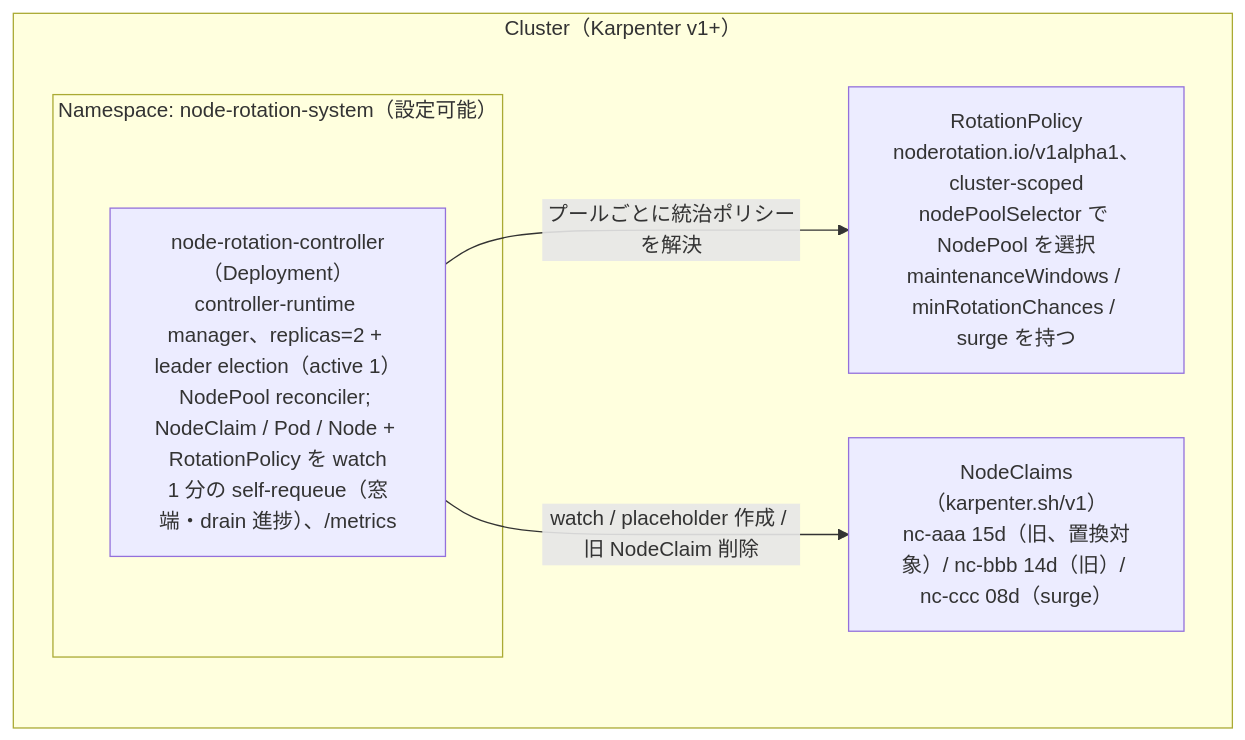
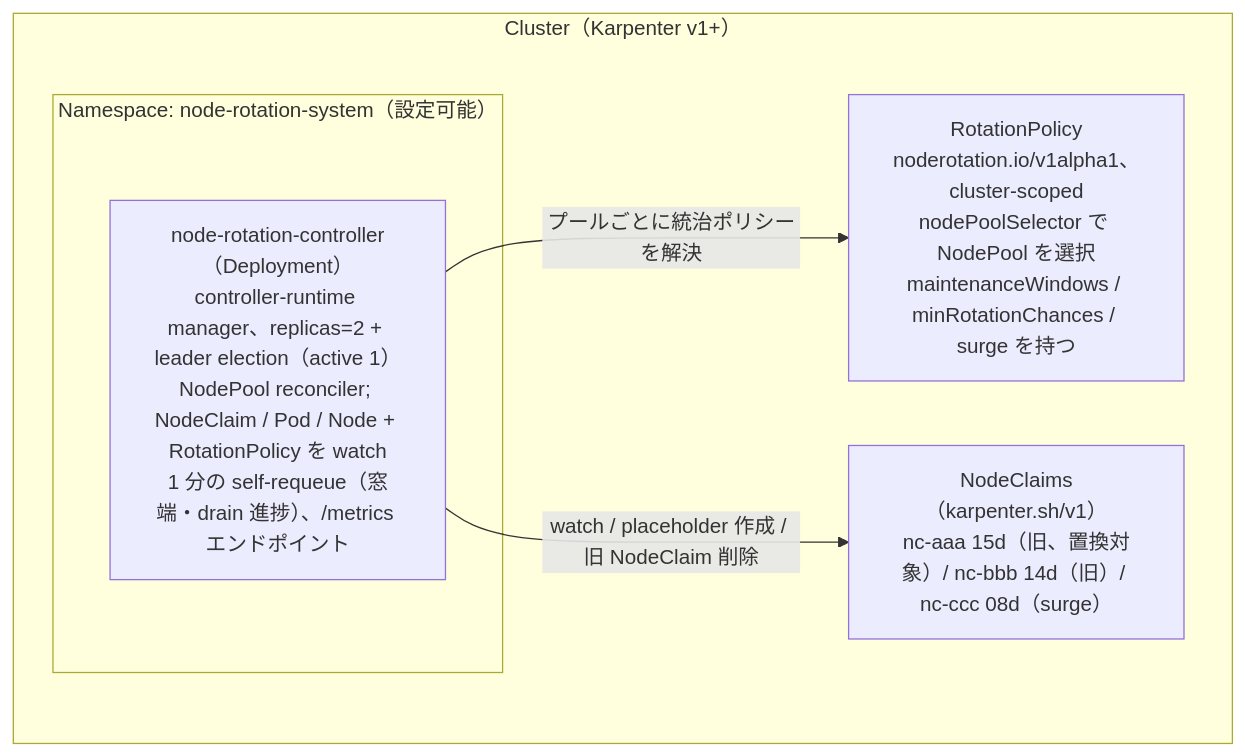
The first of 3 diagrams in docs/ja/specification/05-implementation.md (AkashiSN/node-rotation-controller), drawn with Mermaid before and after one commit. The commit also changed other lines of this file and 15 other files, not shown here.

````diff
--- a/docs/ja/specification/05-implementation.md
+++ b/docs/ja/specification/05-implementation.md
@@ -5,12 +5,12 @@
 ```mermaid
 flowchart TD
     subgraph cluster["Cluster（Karpenter v1+）"]
         subgraph ns["Namespace: node-rotation-system（設定可能）"]
-            ctrl["node-rotation-controller（Deployment）<br/>controller-runtime manager、replicas=2 + leader election（active 1）<br/>NodePool reconciler; NodeClaim / Pod / Node + RotationPolicy を watch<br/>1 分の self-requeue（窓端・drain 進捗）、/metrics"]
+            ctrl["node-rotation-controller（Deployment）<br/>controller-runtime manager、replicas=2 + leader election（active 1）<br/>NodePool reconciler; NodeClaim / Pod / Node + RotationPolicy を watch<br/>1 分の self-requeue（窓端・drain 進捗）、/metrics エンドポイント"]
         end
         rp["RotationPolicy<br/>noderotation.io/v1alpha1、cluster-scoped<br/>nodePoolSelector で NodePool を選択<br/>maintenanceWindows / minRotationChances / surge を持つ"]
         nc["NodeClaims（karpenter.sh/v1）<br/>nc-aaa 15d（旧、置換対象）/ nc-bbb 14d（旧）/ nc-ccc 08d（surge）"]
     end
     ctrl -->|"プールごとに統治ポリシーを解決"| rp
     ctrl -->|"watch / placeholder 作成 / 旧 NodeClaim 削除"| nc
 ```
````
